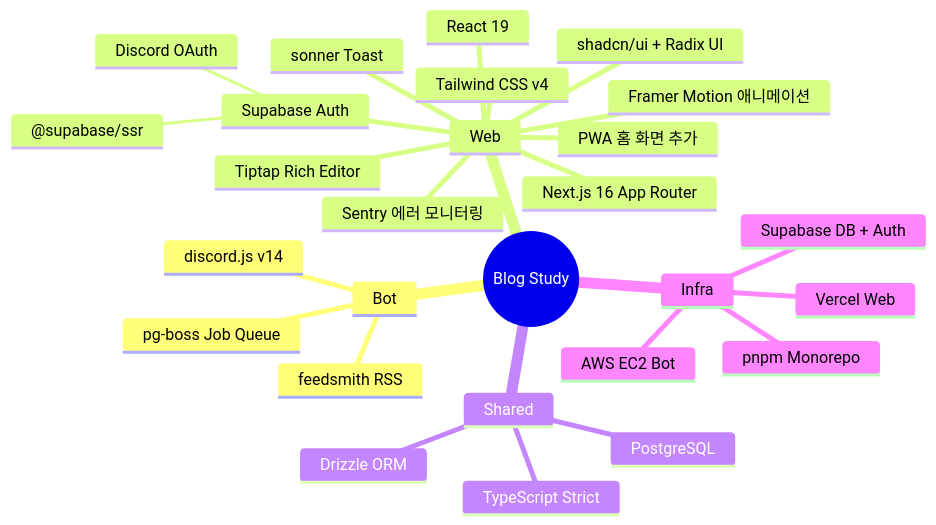
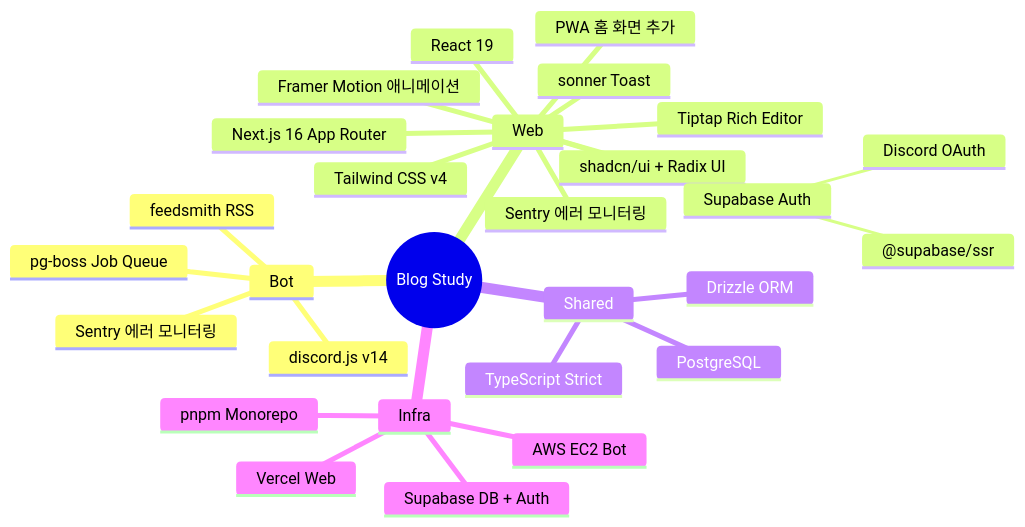
The second of 9 diagrams in docs/ARCHITECTURE.md (bbbang105/study-admin), drawn with Mermaid before and after one commit. The commit also changed other lines of this file and 12 other files, not shown here.

First line of the commit message:
feat(bot): Sentry 에러 모니터링 연동 (Discord error-webhook 대체) (#43)

````diff
--- a/docs/ARCHITECTURE.md
+++ b/docs/ARCHITECTURE.md
@@ -79,30 +81,31 @@
 ```mermaid
 mindmap
   root((Blog Study))
     Bot
       discord.js v14
       pg-boss Job Queue
       feedsmith RSS
+      Sentry 에러 모니터링
     Web
       Next.js 16 App Router
       React 19
       Tailwind CSS v4
       shadcn/ui + Radix UI
       Tiptap Rich Editor
       sonner Toast
       Framer Motion 애니메이션
       Sentry 에러 모니터링
       PWA 홈 화면 추가
       Supabase Auth
         Discord OAuth
         @supabase/ssr
     Shared
       Drizzle ORM
       PostgreSQL
       TypeScript Strict
     Infra
       Supabase DB + Auth
       Vercel Web
       AWS EC2 Bot
       pnpm Monorepo
 ```
````
